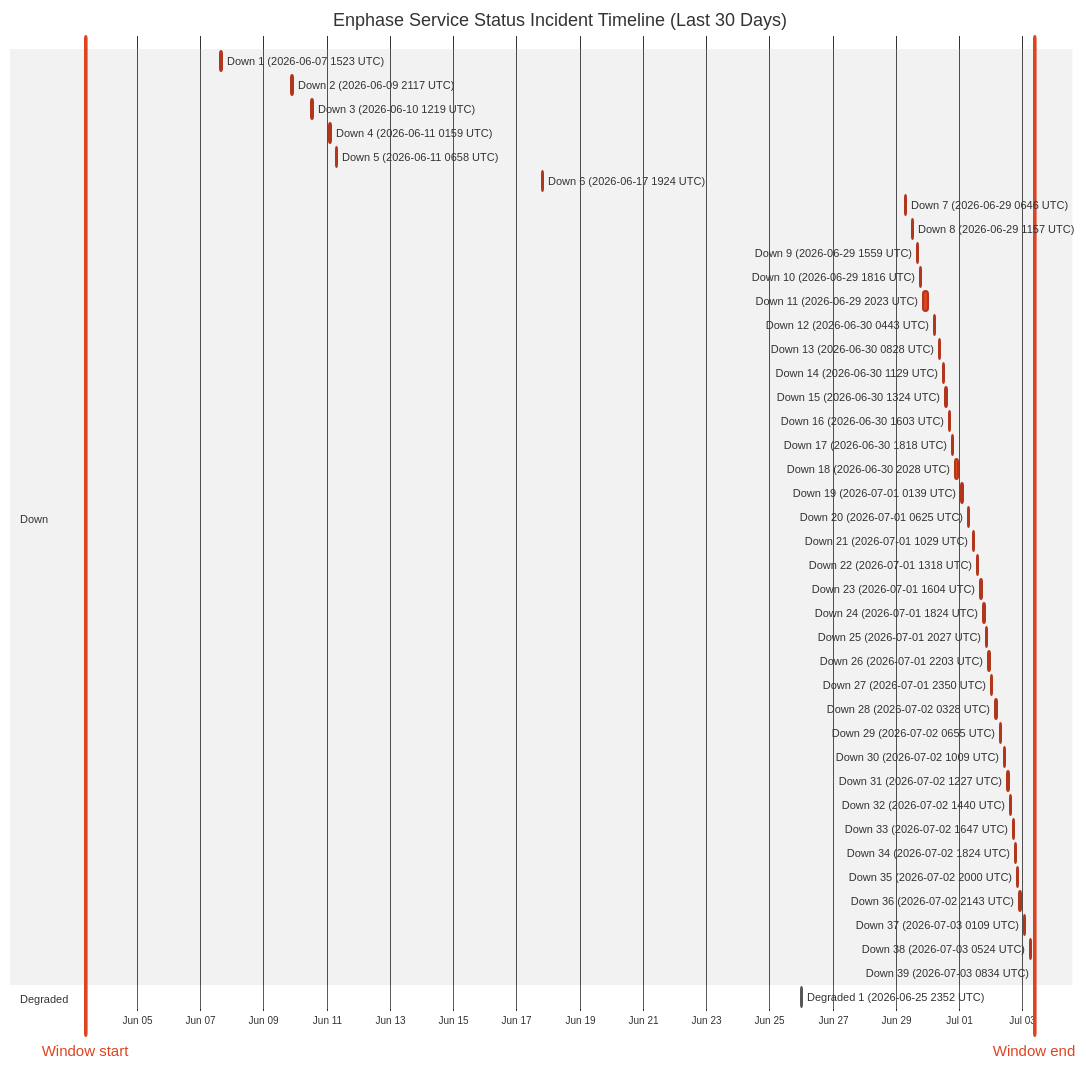
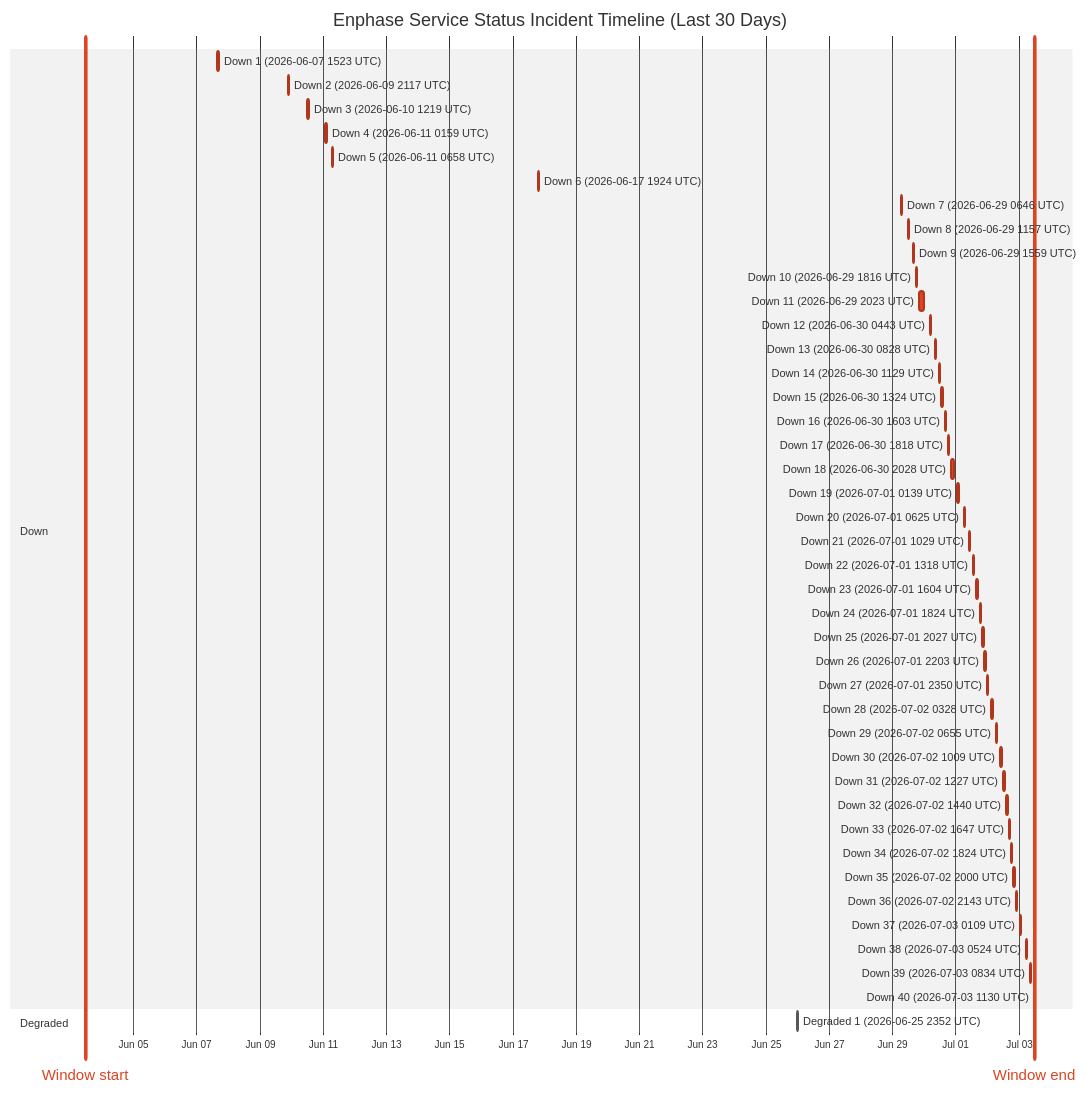
One commit to barneyonline/ha-enphase-energy changed the diagram in wiki/Service-Status-History.md. Above: the diagram before and after it, drawn with Mermaid (neutral theme). The commit also changed other lines of this file and 3 other files, not shown here.

````diff
--- a/wiki/Service-Status-History.md
+++ b/wiki/Service-Status-History.md
@@ -14,50 +14,51 @@
 ```mermaid
 gantt
     title Enphase Service Status Incident Timeline (Last 30 Days)
     dateFormat  YYYY-MM-DDTHH:mm:ss
     axisFormat  %b %d
-    Window start :vert, window-start, 2026-06-03T08:34:05, 0ms
-    Window end :vert, window-end, 2026-07-03T08:34:05, 0ms
+    Window start :vert, window-start, 2026-06-03T11:30:41, 0ms
+    Window end :vert, window-end, 2026-07-03T11:30:41, 0ms
     section Down
     Down 1 (2026-06-07 1523 UTC) :crit, down-1, 2026-06-07T15:23:22, 87m
     Down 2 (2026-06-09 2117 UTC) :crit, down-2, 2026-06-09T21:17:17, 60m
     Down 3 (2026-06-10 1219 UTC) :crit, down-3, 2026-06-10T12:19:21, 60m
     Down 4 (2026-06-11 0159 UTC) :crit, down-4, 2026-06-11T01:59:36, 60m
     Down 5 (2026-06-11 0658 UTC) :crit, down-5, 2026-06-11T06:58:45, 60m
     Down 6 (2026-06-17 1924 UTC) :crit, down-6, 2026-06-17T19:24:51, 60m
     Down 7 (2026-06-29 0646 UTC) :crit, down-7, 2026-06-29T06:46:18, 60m
     Down 8 (2026-06-29 1157 UTC) :crit, down-8, 2026-06-29T11:57:36, 60m
     Down 9 (2026-06-29 1559 UTC) :crit, down-9, 2026-06-29T15:59:02, 60m
     Down 10 (2026-06-29 1816 UTC) :crit, down-10, 2026-06-29T18:16:38, 60m
     Down 11 (2026-06-29 2023 UTC) :crit, down-11, 2026-06-29T20:23:16, 220m
     Down 12 (2026-06-30 0443 UTC) :crit, down-12, 2026-06-30T04:43:54, 60m
     Down 13 (2026-06-30 0828 UTC) :crit, down-13, 2026-06-30T08:28:43, 60m
     Down 14 (2026-06-30 1129 UTC) :crit, down-14, 2026-06-30T11:29:15, 60m
     Down 15 (2026-06-30 1324 UTC) :crit, down-15, 2026-06-30T13:24:25, 60m
     Down 16 (2026-06-30 1603 UTC) :crit, down-16, 2026-06-30T16:03:26, 60m
     Down 17 (2026-06-30 1818 UTC) :crit, down-17, 2026-06-30T18:18:39, 60m
     Down 18 (2026-06-30 2028 UTC) :crit, down-18, 2026-06-30T20:28:54, 171m
     Down 19 (2026-07-01 0139 UTC) :crit, down-19, 2026-07-01T01:39:18, 60m
     Down 20 (2026-07-01 0625 UTC) :crit, down-20, 2026-07-01T06:25:35, 60m
     Down 21 (2026-07-01 1029 UTC) :crit, down-21, 2026-07-01T10:29:24, 60m
     Down 22 (2026-07-01 1318 UTC) :crit, down-22, 2026-07-01T13:18:31, 60m
     Down 23 (2026-07-01 1604 UTC) :crit, down-23, 2026-07-01T16:04:29, 60m
     Down 24 (2026-07-01 1824 UTC) :crit, down-24, 2026-07-01T18:24:21, 60m
     Down 25 (2026-07-01 2027 UTC) :crit, down-25, 2026-07-01T20:27:17, 60m
     Down 26 (2026-07-01 2203 UTC) :crit, down-26, 2026-07-01T22:03:46, 60m
     Down 27 (2026-07-01 2350 UTC) :crit, down-27, 2026-07-01T23:50:52, 60m
     Down 28 (2026-07-02 0328 UTC) :crit, down-28, 2026-07-02T03:28:33, 60m
     Down 29 (2026-07-02 0655 UTC) :crit, down-29, 2026-07-02T06:55:07, 60m
     Down 30 (2026-07-02 1009 UTC) :crit, down-30, 2026-07-02T10:09:15, 60m
     Down 31 (2026-07-02 1227 UTC) :crit, down-31, 2026-07-02T12:27:49, 60m
     Down 32 (2026-07-02 1440 UTC) :crit, down-32, 2026-07-02T14:40:53, 60m
     Down 33 (2026-07-02 1647 UTC) :crit, down-33, 2026-07-02T16:47:47, 60m
     Down 34 (2026-07-02 1824 UTC) :crit, down-34, 2026-07-02T18:24:26, 60m
     Down 35 (2026-07-02 2000 UTC) :crit, down-35, 2026-07-02T20:00:57, 60m
     Down 36 (2026-07-02 2143 UTC) :crit, down-36, 2026-07-02T21:43:52, 80m
     Down 37 (2026-07-03 0109 UTC) :crit, down-37, 2026-07-03T01:09:19, 60m
     Down 38 (2026-07-03 0524 UTC) :crit, down-38, 2026-07-03T05:24:23, 60m
     Down 39 (2026-07-03 0834 UTC) :crit, down-39, 2026-07-03T08:34:05, 60m
+    Down 40 (2026-07-03 1130 UTC) :crit, down-40, 2026-07-03T11:30:41, 60m
     section Degraded
     Degraded 1 (2026-06-25 2352 UTC) :active, degraded-1, 2026-06-25T23:52:01, 60m
 ```
````
